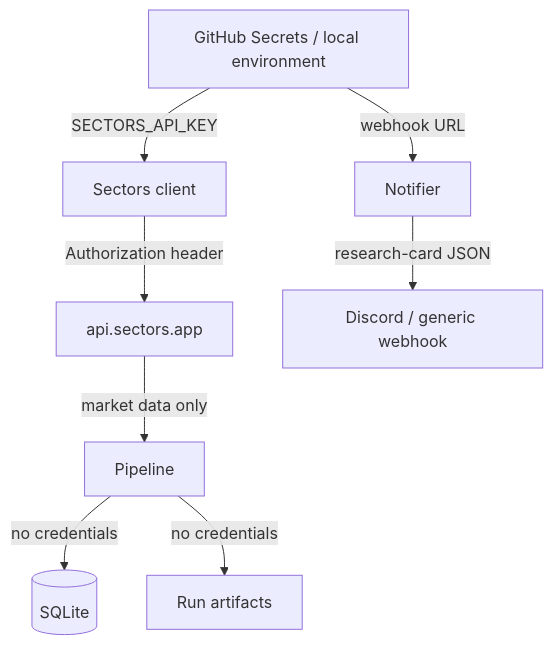
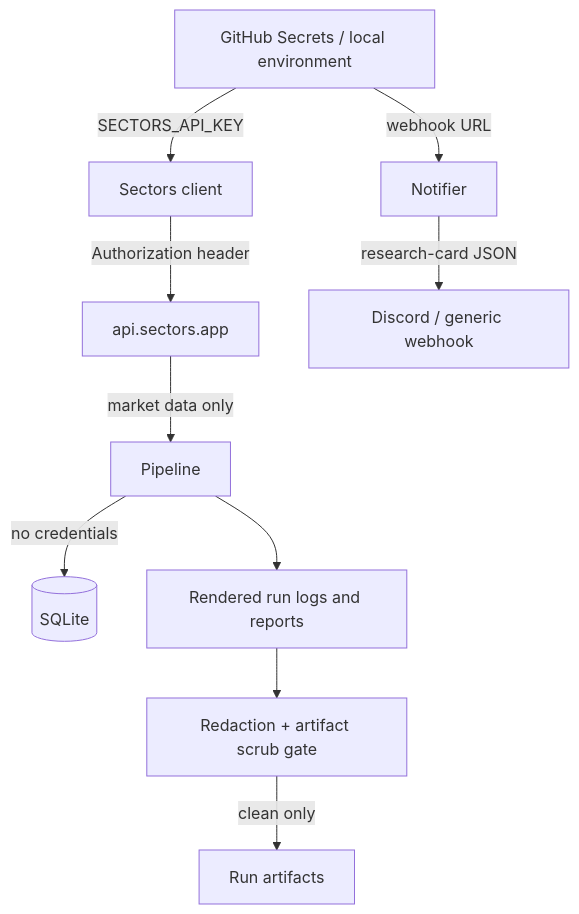
Before and after one commit to respramon/marketops-id: the second of 2 diagrams in docs/architecture.md, drawn with Mermaid. The commit also changed other lines of this file and 21 other files, not shown here.

````diff
--- a/docs/architecture.md
+++ b/docs/architecture.md
@@ -185,10 +197,12 @@
 ```mermaid
 flowchart TB
     GH[GitHub Secrets / local environment] -->|SECTORS_API_KEY| Client[Sectors client]
     GH -->|webhook URL| Notifier[Notifier]
     Client -->|Authorization header| API[api.sectors.app]
     API -->|market data only| Pipeline[Pipeline]
     Pipeline -->|no credentials| DB[(SQLite)]
-    Pipeline -->|no credentials| Files[Run artifacts]
+    Pipeline --> Logs[Rendered run logs and reports]
+    Logs --> Guard[Redaction + artifact scrub gate]
+    Guard -->|clean only| Files[Run artifacts]
     Notifier -->|research-card JSON| Sink[Discord / generic webhook]
 ```
````
